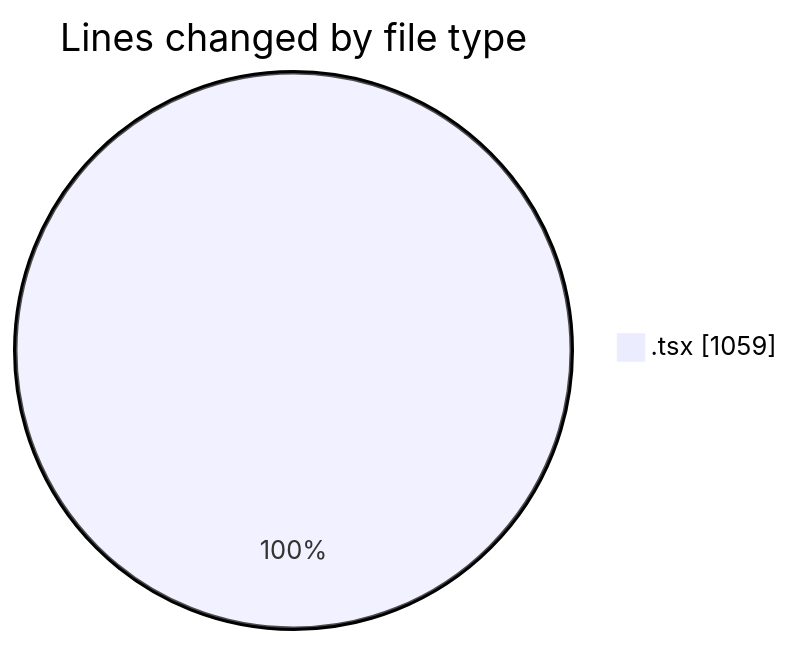
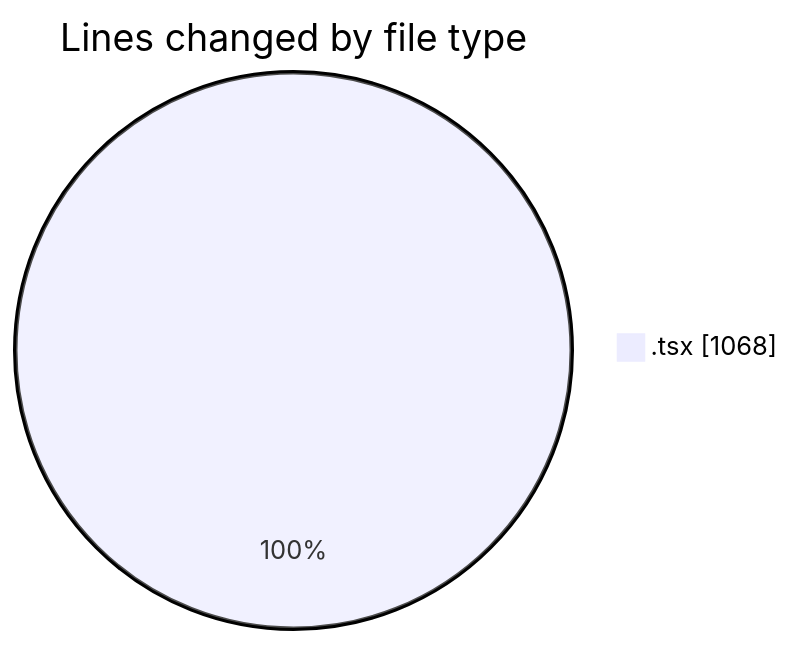
One commit to nxtqubesakshisongat/code-tracking changed the first of 2 diagrams in 2026-06-12/nxtqube_webapp/README.md. Above: the diagram before and after it, drawn with Mermaid. The commit also changed other lines of this file and 1 other file, not shown here.

````diff
--- a/2026-06-12/nxtqube_webapp/README.md
+++ b/2026-06-12/nxtqube_webapp/README.md
@@ -22,5 +22,5 @@
 ```mermaid
 pie showData
 title Lines changed by file type
-".tsx" : 1059
+".tsx" : 1068
 ```
````
